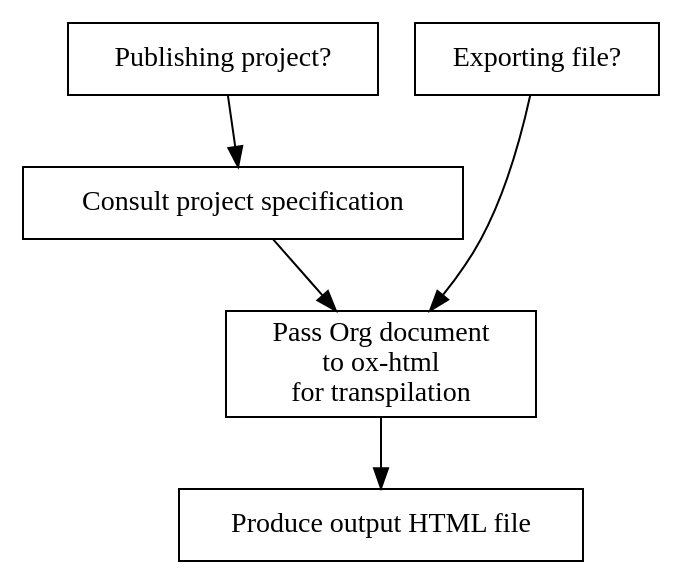
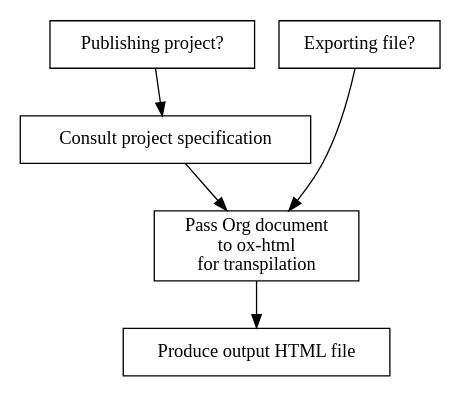
The diagram in src/posts/2022-10-08.org (grtcdr/grtcdr.github.io), drawn with Graphviz before and after one commit. The commit also changed other lines of this file and 2 other files, not shown here.

Commit message:
Reword some articles

```diff
--- a/src/posts/2022-10-08.org
+++ b/src/posts/2022-10-08.org
@@ -32,39 +32,22 @@
-#+begin_src dot :file ../../assets/images/2022-10-08--publish.svg :eval yes :results none :exports none
+#+begin_src dot :file ../../assets/images/2022-10-08--publish.svg :exports results
 digraph G {
-    publish [
-	     label = "Publishing project?";
-	     shape = rect;
-	     ];
-
-    export [
-	    label = "Exporting file?";
-	    shape = rect;
-	    ];
+    graph   [ size = 3.0 ]
+    node    [ pad = 0.4, shape = rect ]
     
-    consult [
-	     label = "Consult project specification";
-	     shape = rect;
-	     ];
-    
-    process [
-	     label = "Pass Org document\nto ox-html\nfor transpilation";
-	     shape = rect;
-	     ];
-    
-    produce [
-	     label = "Produce output HTML file";
-	     shape = rect;
-	     ];
-    
+    publish [ label = "Publishing project?" ];
+    export  [ label = "Exporting file?" ];
+    consult [ label = "Consult project specification" ];
+    process [ label = "Pass Org document\nto ox-html\nfor transpilation" ];
+    produce [ label = "Produce output HTML file" ];
 
     publish -> consult;
     consult -> process;
     export -> process;
     process -> produce;
     
     {
 	rank=same;
 	publish; export
     }
 }
 #+end_src
```
